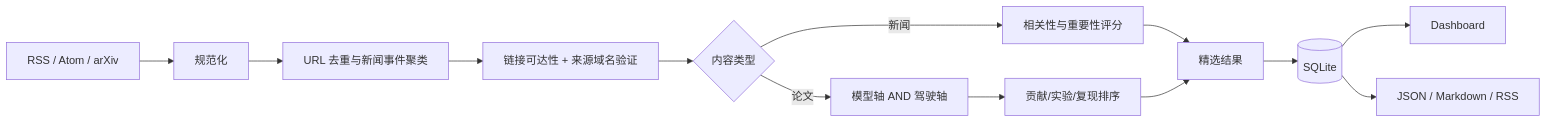
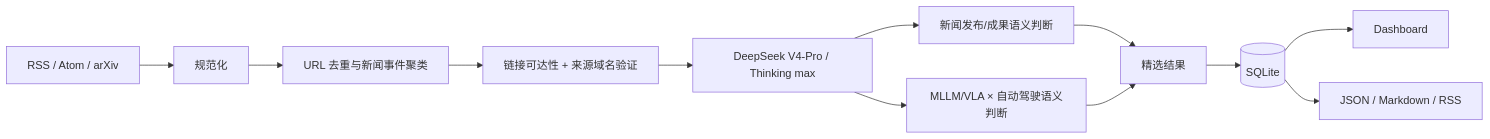
One commit to Allthingsone/daily-ai-radar changed the diagram in README.md. Above: the diagram before and after it, drawn with Mermaid. The commit also changed other lines of this file and 37 other files, not shown here.

Commit message:
Add DeepSeek semantic screening and daily email

````diff
--- a/README.md
+++ b/README.md
@@ -82,15 +87,14 @@
 ```mermaid
 flowchart LR
     A[RSS / Atom / arXiv] --> B[规范化]
     B --> C[URL 去重与新闻事件聚类]
     C --> V[链接可达性 + 来源域名验证]
-    V --> D{内容类型}
-    D -->|新闻| E[相关性与重要性评分]
-    D -->|论文| F[模型轴 AND 驾驶轴]
-    F --> G[贡献/实验/复现排序]
+    V --> D[DeepSeek V4-Pro / Thinking max]
+    D --> E[新闻发布/成果语义判断]
+    D --> F[MLLM/VLA × 自动驾驶语义判断]
     E --> H[精选结果]
-    G --> H
+    F --> H
     H --> I[(SQLite)]
     I --> J[Dashboard]
     I --> K[JSON / Markdown / RSS]
 ```
````
